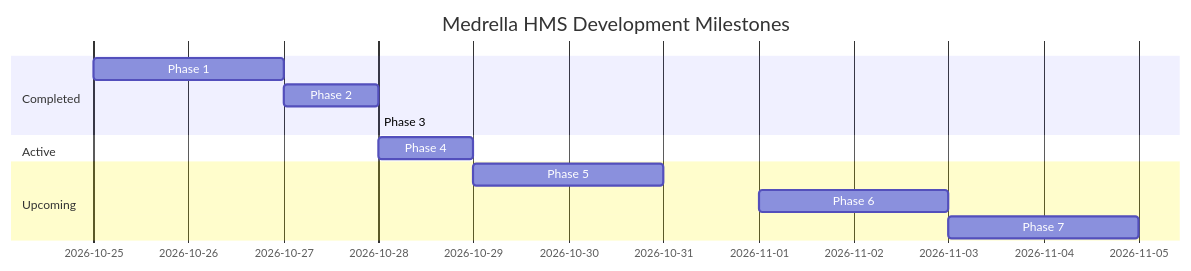
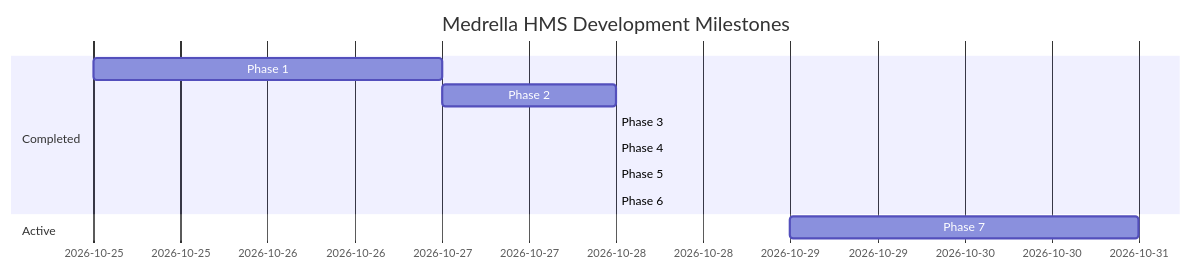
One commit to ankitjha93/medrella-hms-PearlThoughts changed the diagram in plans/roadmap.md. Above: the diagram before and after it, drawn with Mermaid. The commit also changed 20 other files, not shown here.

Commit message:
feat: complete doctor profiles, reviews system, and full website interactivity suite

````diff
--- a/plans/roadmap.md
+++ b/plans/roadmap.md
@@ -9,15 +9,14 @@
 ```mermaid
 gantt
     title Medrella HMS Development Milestones
     dateFormat  YYYY-MM-DD
     section Completed
     Phase 1: Foundation & UI            :done, 2026-10-25, 2026-10-27
     Phase 2: Slot Booking Engine        :done, 2026-10-27, 2026-10-28
     Phase 3: Clinical Suite & OPD Queue :done, 2026-10-28, 2026-10-28
+    Phase 4: Appointment Rescheduling   :done, 2026-10-28, 2026-10-28
+    Phase 5: Doctor Leave & Blackouts   :done, 2026-10-28, 2026-10-28
+    Phase 6: AI Clinical Symptom Triage :done, 2026-10-28, 2026-10-28
     section Active
-    Phase 4: Appointment Rescheduling   :active, 2026-10-28, 2026-10-29
-    section Upcoming
-    Phase 5: Doctor Leave & Shift Blackout: 2026-10-29, 2026-10-31
-    Phase 6: AI Clinical Symptom Triage : 2026-11-01, 2026-11-03
-    Phase 7: Doctor Ratings & Reviews   : 2026-11-03, 2026-11-05
+    Phase 7: Doctor Profiles & Reviews  :active, 2026-10-29, 2026-10-31
 ```
````
